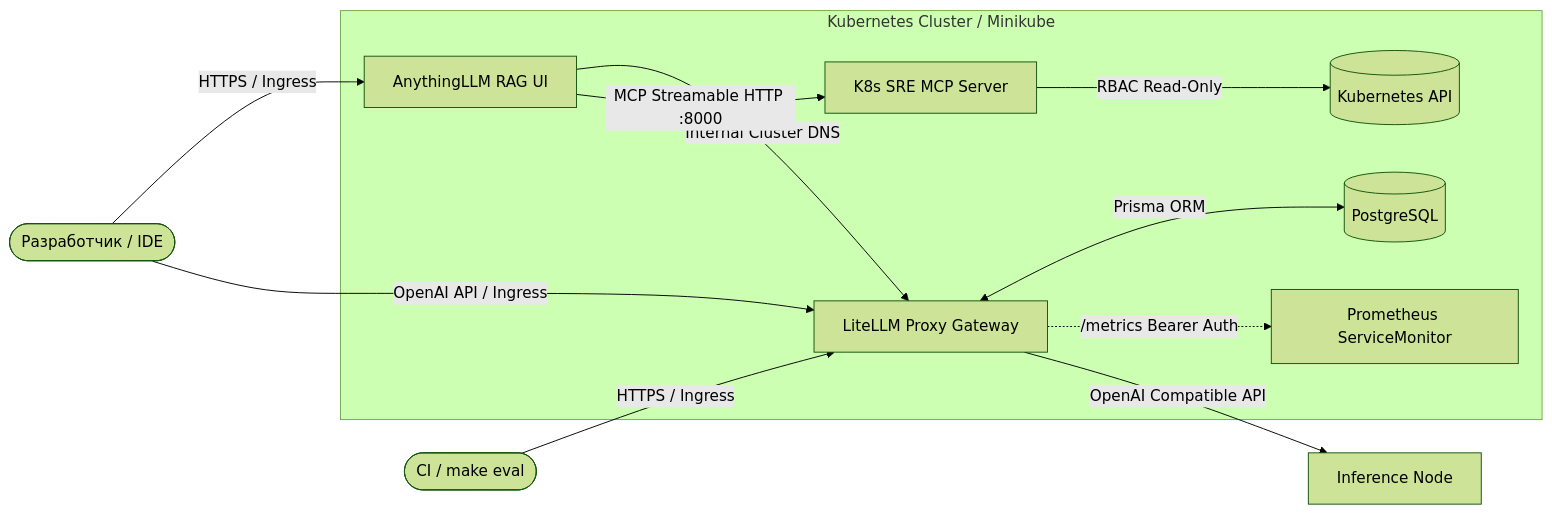
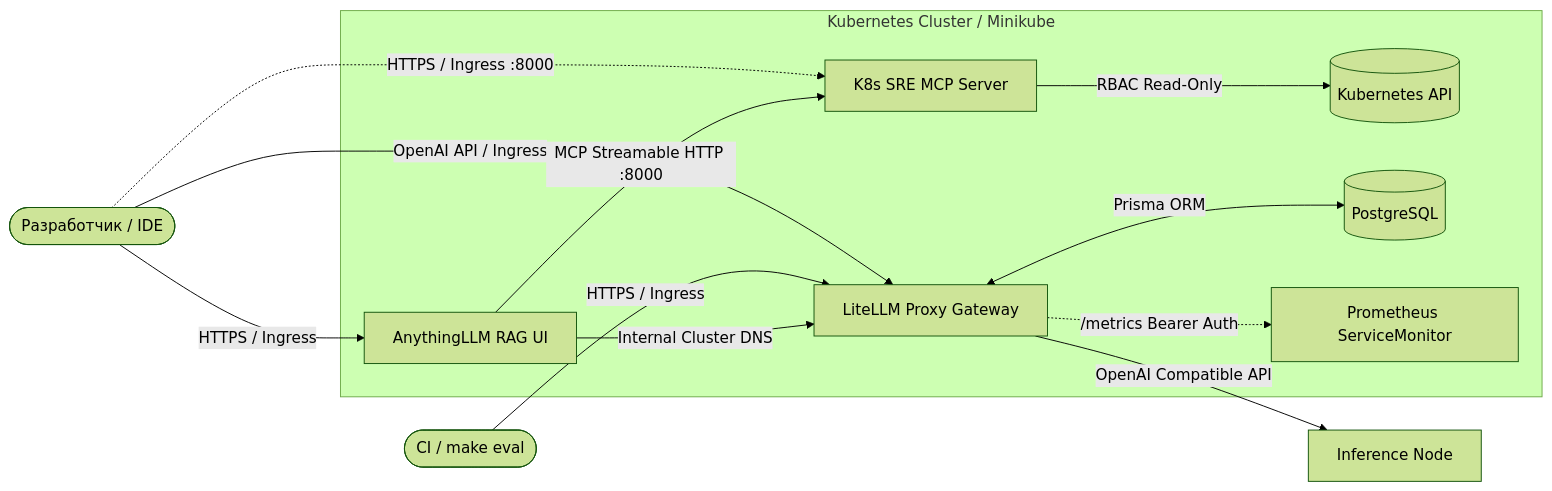
Before and after one commit to CrazyFreeze/helmfile-llm-gateway: the diagram in README.md, drawn with Mermaid (forest theme). The commit also changed other lines of this file and 3 other files, not shown here.

````diff
--- a/README.md
+++ b/README.md
@@ -9,16 +13,17 @@
 ```mermaid
 graph LR
     User([Разработчик / IDE]) -->|HTTPS / Ingress| UI[AnythingLLM RAG UI]
     User -->|OpenAI API / Ingress| GW[LiteLLM Proxy Gateway]
+    User -.->|HTTPS / Ingress :8000| MCP[K8s SRE MCP Server]
     CI([CI / make eval]) -->|HTTPS / Ingress| GW
     
     subgraph K8s [Kubernetes Cluster / Minikube]
         UI -->|Internal Cluster DNS| GW
         UI -->|MCP Streamable HTTP :8000| MCP[K8s SRE MCP Server]
         MCP -->|RBAC Read-Only| K8sAPI[(Kubernetes API)]
         GW <-->|Prisma ORM| DB[(PostgreSQL)]
         GW -.->|/metrics Bearer Auth| Prom[Prometheus ServiceMonitor]
     end
 
     GW -->|OpenAI Compatible API| Node[Inference Node]
 ```
````
